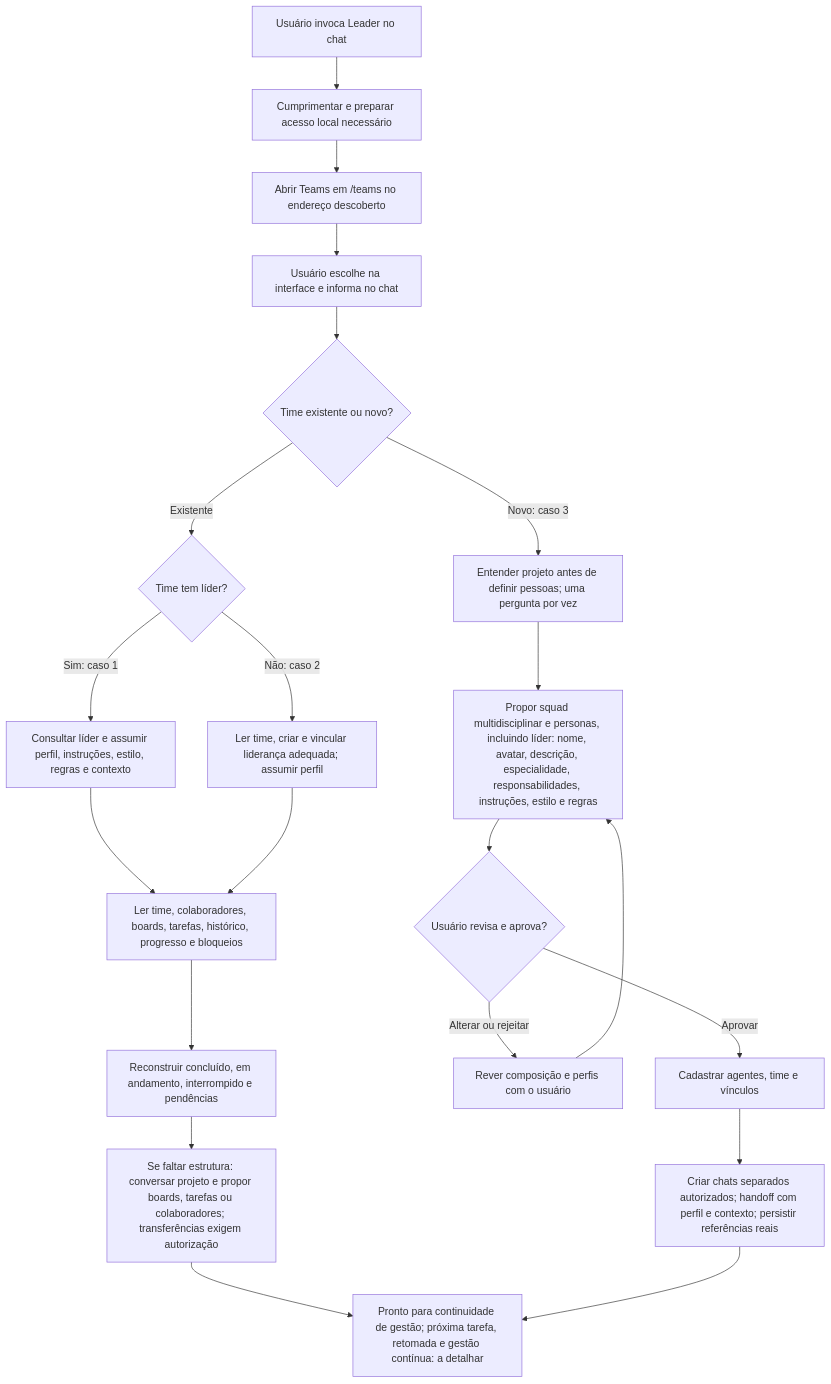
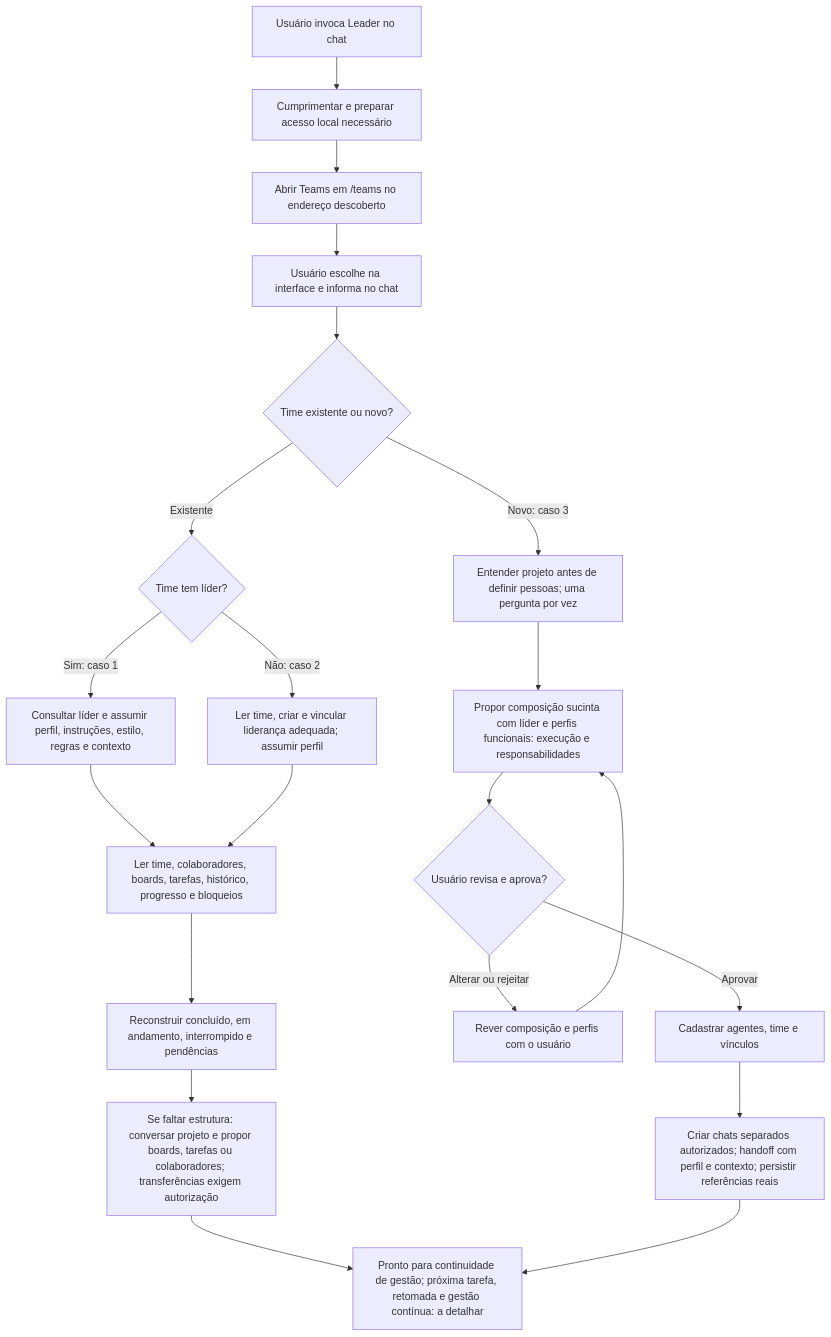
Before and after one commit to runvibe/beeteam: the diagram in docs/leader-onboarding-flows.md, drawn with Mermaid. The commit also changed other lines of this file, not shown here.

````diff
--- a/docs/leader-onboarding-flows.md
+++ b/docs/leader-onboarding-flows.md
@@ -7,23 +7,23 @@
 ```mermaid
 flowchart TD
     A["Usuário invoca Leader no chat"] --> B["Cumprimentar e preparar acesso local necessário"]
     B --> C["Abrir Teams em /teams no endereço descoberto"]
     C --> D["Usuário escolhe na interface e informa no chat"]
     D --> E{"Time existente ou novo?"}
     E -->|Existente| F{"Time tem líder?"}
     F -->|Sim: caso 1| G["Consultar líder e assumir perfil, instruções, estilo, regras e contexto"]
     F -->|Não: caso 2| H["Ler time, criar e vincular liderança adequada; assumir perfil"]
     G --> I["Ler time, colaboradores, boards, tarefas, histórico, progresso e bloqueios"]
     H --> I
     I --> J["Reconstruir concluído, em andamento, interrompido e pendências"]
     J --> K["Se faltar estrutura: conversar projeto e propor boards, tarefas ou colaboradores; transferências exigem autorização"]
     E -->|Novo: caso 3| L["Entender projeto antes de definir pessoas; uma pergunta por vez"]
-    L --> M["Propor squad multidisciplinar e personas, incluindo líder: nome, avatar, descrição, especialidade, responsabilidades, instruções, estilo e regras"]
+    L --> M["Propor composição sucinta com líder e perfis funcionais: execução e responsabilidades"]
     M --> N{"Usuário revisa e aprova?"}
     N -->|Alterar ou rejeitar| O["Rever composição e perfis com o usuário"]
     O --> M
     N -->|Aprovar| P["Cadastrar agentes, time e vínculos"]
     P --> Q["Criar chats separados autorizados; handoff com perfil e contexto; persistir referências reais"]
     K --> R["Pronto para continuidade de gestão; próxima tarefa, retomada e gestão contínua: a detalhar"]
     Q --> R
 ```
````
